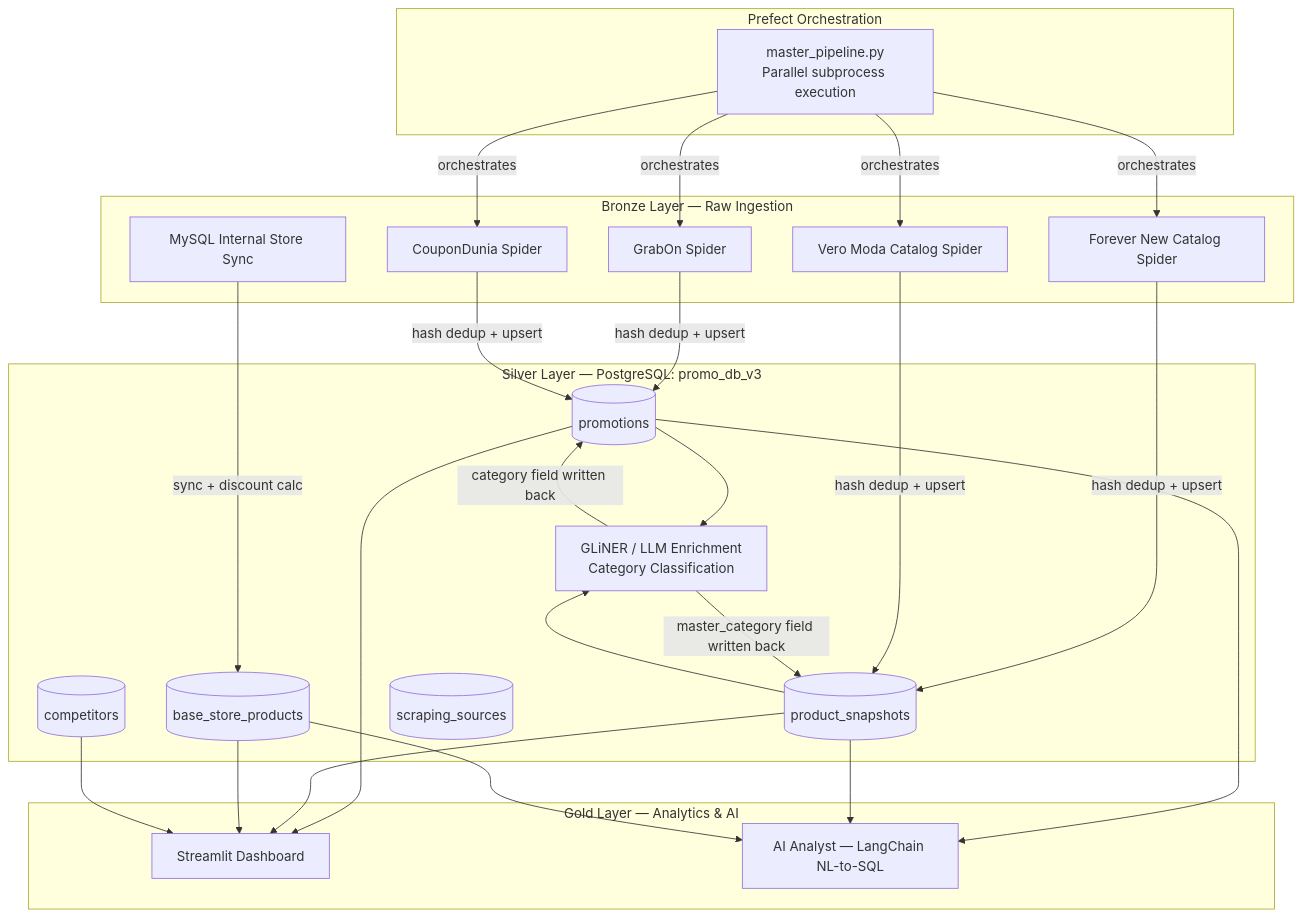
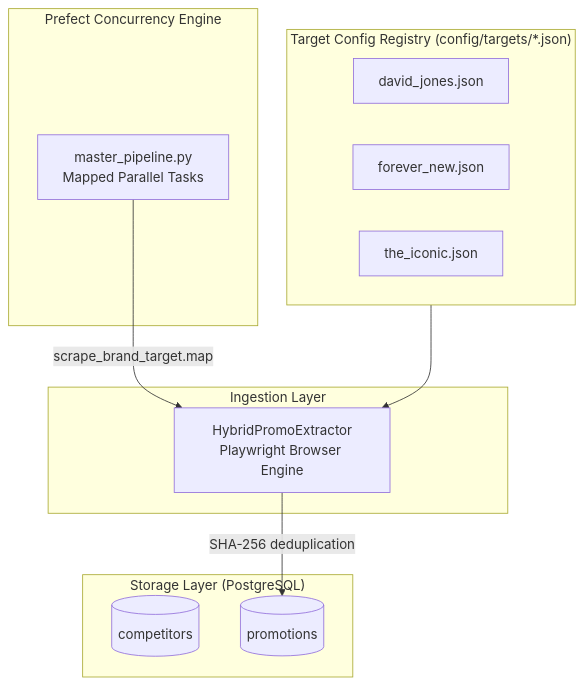
One commit to Arshu45/Web_Scraping_v1 changed the first of 2 diagrams in confluence_documentation.md. Above: the diagram before and after it, drawn with Mermaid. The commit also changed other lines of this file and 17 other files, not shown here.

````diff
--- a/confluence_documentation.md
+++ b/confluence_documentation.md
@@ -29,49 +15,25 @@
 ```mermaid
 graph TD
-    subgraph BRONZE["Bronze Layer — Raw Ingestion"]
-        A1[GrabOn Spider]
-        A2[CouponDunia Spider]
-        A3[Forever New Catalog Spider]
-        A4[Vero Moda Catalog Spider]
-        A5[MySQL Internal Store Sync]
+    subgraph Configs["Target Config Registry (config/targets/*.json)"]
+        C1[david_jones.json]
+        C2[forever_new.json]
+        C3[the_iconic.json]
     end
 
-    subgraph SILVER["Silver Layer — PostgreSQL: promo_db_v3"]
-        B1[(promotions)]
-        B2[(product_snapshots)]
-        B3[(base_store_products)]
-        B4[(competitors)]
-        B5[(scraping_sources)]
-        ENR[GLiNER / LLM Enrichment<br/>Category Classification]
+    subgraph BRONZE["Ingestion Layer"]
+        HPE[HybridPromoExtractor<br/>Playwright Browser Engine]
     end
 
-    subgraph GOLD["Gold Layer — Analytics & AI"]
-        C1[Streamlit Dashboard]
-        C2[AI Analyst — LangChain NL-to-SQL]
+    subgraph SILVER["Storage Layer (PostgreSQL)"]
+        DB1[(competitors)]
+        DB2[(promotions)]
     end
 
-    subgraph ORCH["Prefect Orchestration"]
-        P[master_pipeline.py<br/>Parallel subprocess execution]
+    subgraph ORCH["Prefect Concurrency Engine"]
+        MP[master_pipeline.py<br/>Mapped Parallel Tasks]
     end
 
-    A1 -->|hash dedup + upsert| B1
-    A2 -->|hash dedup + upsert| B1
-    A3 -->|hash dedup + upsert| B2
-    A4 -->|hash dedup + upsert| B2
-    A5 -->|sync + discount calc| B3
-    B1 --> ENR
-    B2 --> ENR
-    ENR -->|category field written back| B1
-    ENR -->|master_category field written back| B2
-    P -->|orchestrates| A1
-    P -->|orchestrates| A2
-    P -->|orchestrates| A3
-    P -->|orchestrates| A4
-    B1 --> C1
-    B2 --> C1
-    B3 --> C1
-    B4 --> C1
-    B1 --> C2
-    B2 --> C2
-    B3 --> C2
+    Configs --> HPE
+    MP -->|scrape_brand_target.map| HPE
+    HPE -->|SHA-256 deduplication| DB2
 ```
````
